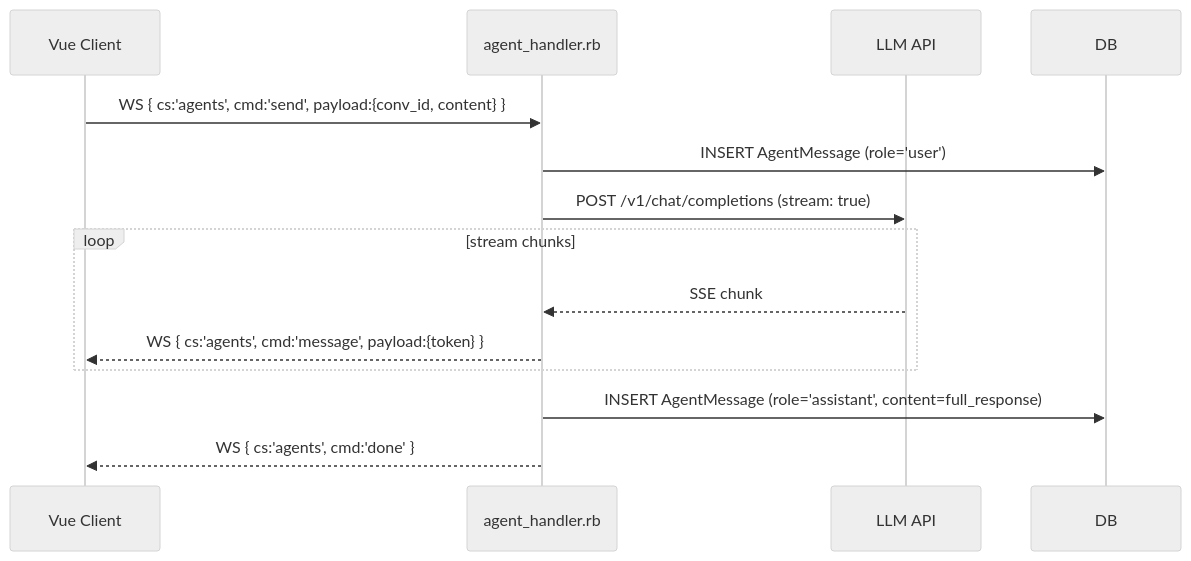
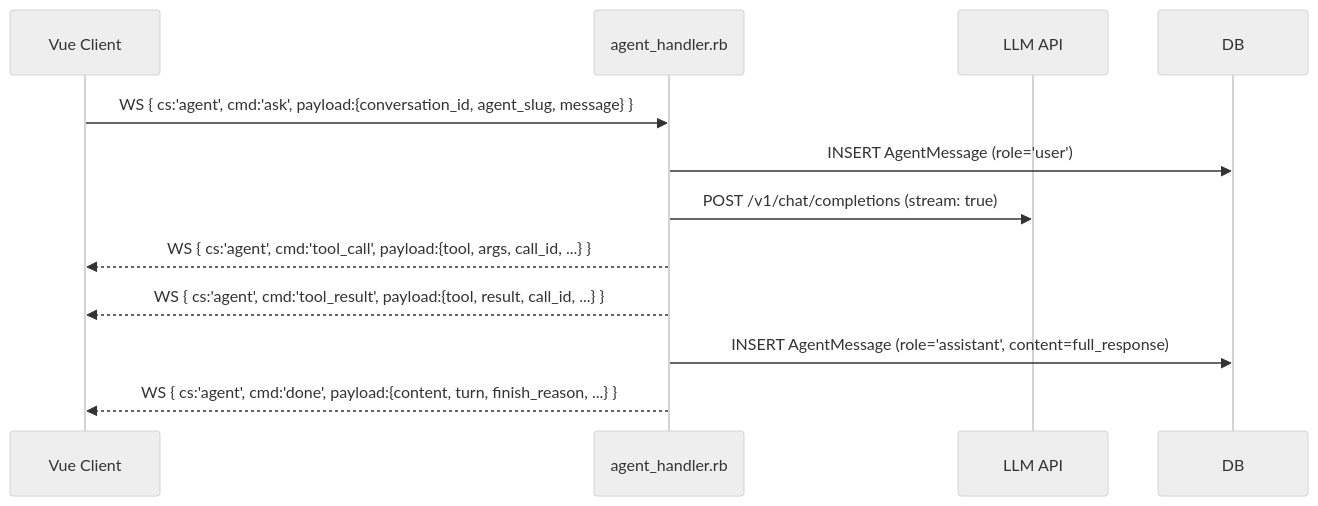
One commit to fdimitri/carbide2-docs changed the second of 2 diagrams in src/content/docs/architecture/agents.mdx. Above: the diagram before and after it, drawn with Mermaid (neutral theme). The commit also changed 11 other files, not shown here.

````diff
--- a/src/content/docs/architecture/agents.mdx
+++ b/src/content/docs/architecture/agents.mdx
@@ -60,16 +60,14 @@
 ```mermaid
 sequenceDiagram
   participant Client as Vue Client
   participant Worker as agent_handler.rb
   participant LLM as LLM API
 
-  Client->>Worker: WS { cs:'agents', cmd:'send', payload:{conv_id, content} }
+  Client->>Worker: WS { cs:'agent', cmd:'ask', payload:{conversation_id, agent_slug, message} }
   Worker->>DB: INSERT AgentMessage (role='user')
   Worker->>LLM: POST /v1/chat/completions (stream: true)
-  loop stream chunks
-    LLM-->>Worker: SSE chunk
-    Worker-->>Client: WS { cs:'agents', cmd:'message', payload:{token} }
-  end
+  Worker-->>Client: WS { cs:'agent', cmd:'tool_call', payload:{tool, args, call_id, ...} }
+  Worker-->>Client: WS { cs:'agent', cmd:'tool_result', payload:{tool, result, call_id, ...} }
   Worker->>DB: INSERT AgentMessage (role='assistant', content=full_response)
-  Worker-->>Client: WS { cs:'agents', cmd:'done' }
+  Worker-->>Client: WS { cs:'agent', cmd:'done', payload:{content, turn, finish_reason, ...} }
 ```
````
